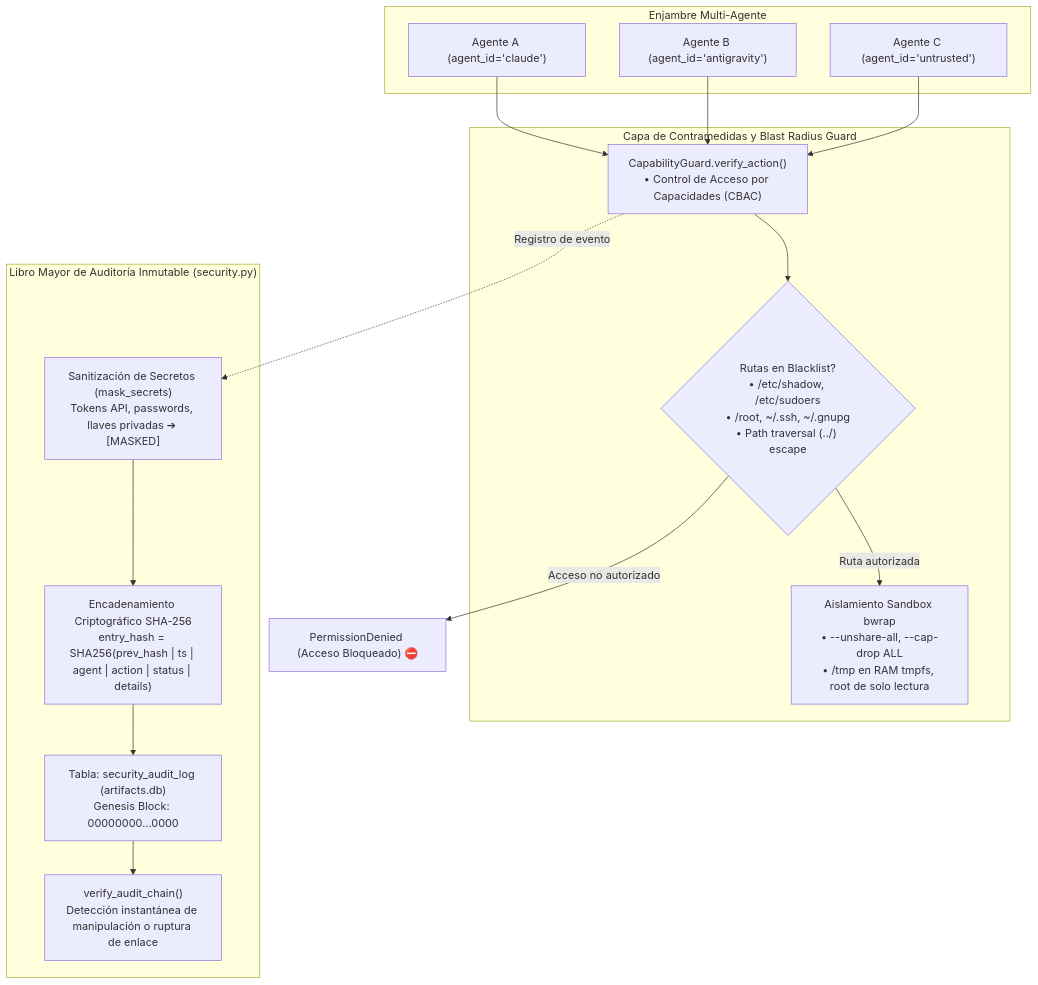
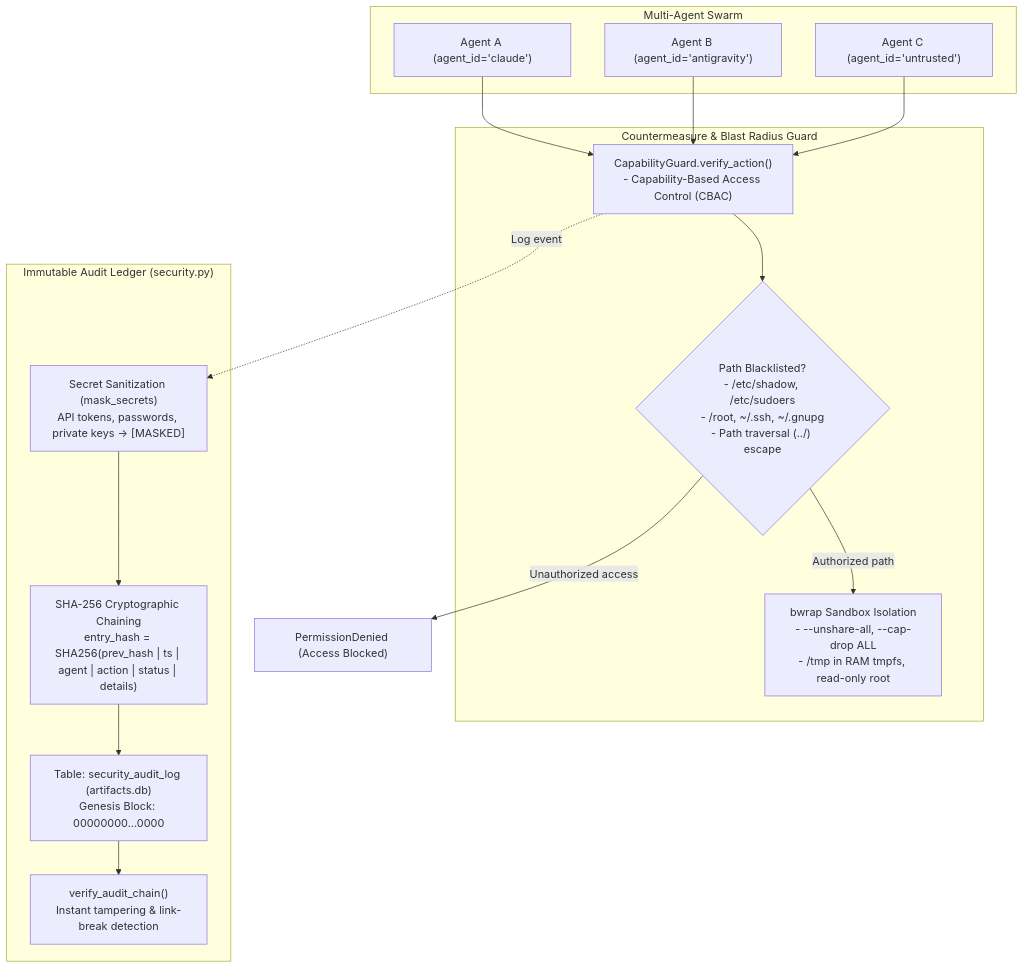
The ninth of 16 diagrams in README.md (ancrz/agent-execution-plane), drawn with Mermaid before and after one commit. The commit also changed other lines of this file, not shown here.

Commit message:
docs(readme): translate entire specification to English and fix Mermaid diagram syntax errors

````diff
--- a/README.md
+++ b/README.md
@@ -585,28 +537,28 @@
 ```mermaid
 flowchart TD
-    subgraph MultiAgentSwarm["Enjambre Multi-Agente"]
-        AgentA["Agente A (agent_id='claude')"]
-        AgentB["Agente B (agent_id='antigravity')"]
-        AgentC["Agente C (agent_id='untrusted')"]
+    subgraph MultiAgentSwarm["Multi-Agent Swarm"]
+        AgentA["Agent A (agent_id='claude')"]
+        AgentB["Agent B (agent_id='antigravity')"]
+        AgentC["Agent C (agent_id='untrusted')"]
     end
 
-    subgraph DefenseLayer["Capa de Contramedidas y Blast Radius Guard"]
-        Guard["CapabilityGuard.verify_action()<br/>• Control de Acceso por Capacidades (CBAC)"]
-        Blacklist{"Rutas en Blacklist?<br/>• /etc/shadow, /etc/sudoers<br/>• /root, ~/.ssh, ~/.gnupg<br/>• Path traversal (../) escape"}
-        Sandbox["Aislamiento Sandbox bwrap<br/>• --unshare-all, --cap-drop ALL<br/>• /tmp en RAM tmpfs, root de solo lectura"]
+    subgraph DefenseLayer["Countermeasure & Blast Radius Guard"]
+        Guard["CapabilityGuard.verify_action()<br/>- Capability-Based Access Control (CBAC)"]
+        Blacklist{"Path Blacklisted?<br/>- /etc/shadow, /etc/sudoers<br/>- /root, ~/.ssh, ~/.gnupg<br/>- Path traversal (../) escape"}
+        Sandbox["bwrap Sandbox Isolation<br/>- --unshare-all, --cap-drop ALL<br/>- /tmp in RAM tmpfs, read-only root"]
     end
 
-    subgraph AuditLedger["Libro Mayor de Auditoría Inmutable (security.py)"]
-        Mask["Sanitización de Secretos (mask_secrets)<br/>Tokens API, passwords, llaves privadas ➔ [MASKED]"]
-        HashChain["Encadenamiento Criptográfico SHA-256<br/>entry_hash = SHA256(prev_hash | ts | agent | action | status | details)"]
-        AuditDB["Tabla: security_audit_log (artifacts.db)<br/>Genesis Block: 00000000...0000"]
-        Verify["verify_audit_chain()<br/>Detección instantánea de manipulación o ruptura de enlace"]
+    subgraph AuditLedger["Immutable Audit Ledger (security.py)"]
+        Mask["Secret Sanitization (mask_secrets)<br/>API tokens, passwords, private keys -> [MASKED]"]
+        HashChain["SHA-256 Cryptographic Chaining<br/>entry_hash = SHA256(prev_hash | ts | agent | action | status | details)"]
+        AuditDB["Table: security_audit_log (artifacts.db)<br/>Genesis Block: 00000000...0000"]
+        Verify["verify_audit_chain()<br/>Instant tampering & link-break detection"]
     end
 
     AgentA & AgentB & AgentC --> Guard
     Guard --> Blacklist
-    Blacklist -->|"Acceso no autorizado"| Denied["PermissionDenied (Acceso Bloqueado) ⛔"]
-    Blacklist -->|"Ruta autorizada"| Sandbox
-    Guard -.->|"Registro de evento"| Mask --> HashChain --> AuditDB
+    Blacklist -->|"Unauthorized access"| Denied["PermissionDenied (Access Blocked)"]
+    Blacklist -->|"Authorized path"| Sandbox
+    Guard -.->|"Log event"| Mask --> HashChain --> AuditDB
     AuditDB --> Verify
 ```
````
